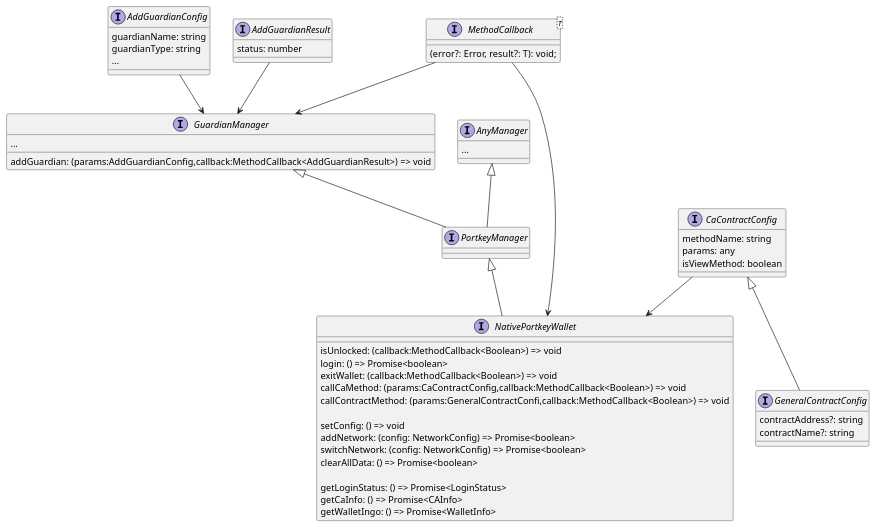
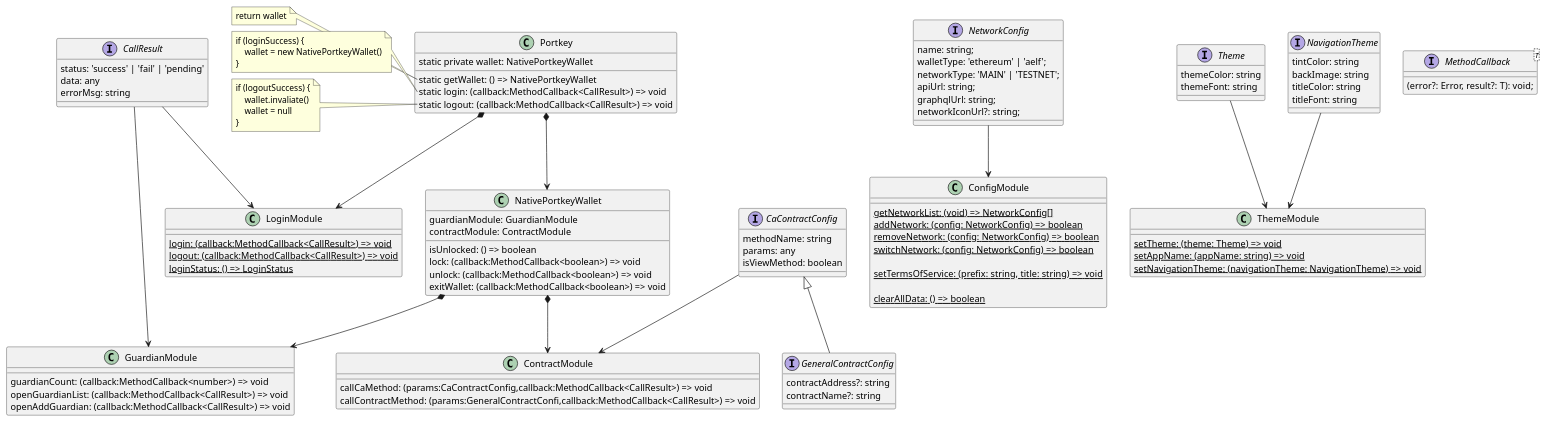
Before and after one commit to Portkey-Wallet/portkey-wallet: the diagram in packages/rn-sdk/uml/native-wallet.puml, drawn with PlantUML.

Commit message:
feat: update uml

```diff
--- a/packages/rn-sdk/uml/native-wallet.puml
+++ b/packages/rn-sdk/uml/native-wallet.puml
@@ -1,64 +1,128 @@
 @startuml wallet
 
-interface NativePortkeyWallet extends PortkeyManager {
-    isUnlocked: (callback:MethodCallback<Boolean>) => void
-    login: () => Promise<boolean>
-    exitWallet: (callback:MethodCallback<Boolean>) => void
-    callCaMethod: (params:CaContractConfig,callback:MethodCallback<Boolean>) => void
-    callContractMethod: (params:GeneralContractConfi,callback:MethodCallback<Boolean>) => void
-
-    setConfig: () => void
-    addNetwork: (config: NetworkConfig) => Promise<boolean>
-    switchNetwork: (config: NetworkConfig) => Promise<boolean>
-    clearAllData: () => Promise<boolean>
-
-    getLoginStatus: () => Promise<LoginStatus>
-    getCaInfo: () => Promise<CAInfo>
-    getWalletIngo: () => Promise<WalletInfo>
+class Portkey {
+    static private wallet: NativePortkeyWallet
+    static getWallet: () => NativePortkeyWallet
+    static login: (callback:MethodCallback<CallResult>) => void
+    static logout: (callback:MethodCallback<CallResult>) => void
 }
 
-interface PortkeyManager extends GuardianManager, AnyManager {
+note left of Portkey::getWallet
+    return wallet
+end note
+note left of Portkey::login
+    if (loginSuccess) {
+        wallet = new NativePortkeyWallet()
+    }
+end note
+note left of Portkey::logout
+    if (logoutSuccess) {
+        wallet.invaliate()
+        wallet = null
+    }
+end note
 
+class NativePortkeyWallet {
+    isUnlocked: () => boolean
+    lock: (callback:MethodCallback<boolean>) => void
+    unlock: (callback:MethodCallback<boolean>) => void
+    exitWallet: (callback:MethodCallback<boolean>) => void
+
+    guardianModule: GuardianModule
+    contractModule: ContractModule
 }
 
-interface GuardianManager {
-    addGuardian: (params:AddGuardianConfig,callback:MethodCallback<AddGuardianResult>) => void
-    ...
+class LoginModule {
+    {static} login: (callback:MethodCallback<CallResult>) => void
+    {static} logout: (callback:MethodCallback<CallResult>) => void
+    {static} loginStatus: () => LoginStatus
 }
 
-interface AnyManager {
-    ...
+class GuardianModule {
+    guardianCount: (callback:MethodCallback<number>) => void
+    openGuardianList: (callback:MethodCallback<CallResult>) => void
+    openAddGuardian: (callback:MethodCallback<CallResult>) => void
 }
 
-interface AddGuardianConfig {
-    guardianName: string
-    guardianType: string
-    ...
+class ConfigModule {
+    {static} getNetworkList: (void) => NetworkConfig[]
+    {static} addNetwork: (config: NetworkConfig) => boolean
+    {static} removeNetwork: (config: NetworkConfig) => boolean
+    {static} switchNetwork: (config: NetworkConfig) => boolean
+    
+    {static} setTermsOfService: (prefix: string, title: string) => void
+    
+    {static} clearAllData: () => boolean
 }
 
-interface AddGuardianResult {
-    status: number
+interface NetworkConfig {
+    name: string;
+    walletType: 'ethereum' | 'aelf';
+    networkType: 'MAIN' | 'TESTNET';
+    apiUrl: string;
+    graphqlUrl: string;
+    networkIconUrl?: string;
+}
+
+class ThemeModule {
+    {static} setTheme: (theme: Theme) => void
+    {static} setAppName: (appName: string) => void
+    {static} setNavigationTheme: (navigationTheme: NavigationTheme) => void
+}
+
+interface Theme {
+    themeColor: string
+    themeFont: string
+}
+
+interface NavigationTheme {
+    tintColor: string
+    backImage: string
+    titleColor: string
+    titleFont: string
+}
+
+class ContractModule {
+    callCaMethod: (params:CaContractConfig,callback:MethodCallback<CallResult>) => void
+    callContractMethod: (params:GeneralContractConfi,callback:MethodCallback<CallResult>) => void
 }
 
 interface MethodCallback<T> {
     (error?: Error, result?: T): void;
 }
 
 interface CaContractConfig {
     methodName: string
     params: any
     isViewMethod: boolean
 }
 
 interface GeneralContractConfig extends CaContractConfig {
     contractAddress?: string
     contractName?: string
 }
 
-MethodCallback --> NativePortkeyWallet
-MethodCallback --> GuardianManager
-CaContractConfig --> NativePortkeyWallet
-AddGuardianConfig --> GuardianManager
-AddGuardianResult --> GuardianManager
+interface CallResult {
+    status: 'success' | 'fail' | 'pending'
+    data: any
+    errorMsg: string
+}
+
+' MethodCallback --> NativePortkeyWallet
+' MethodCallback --> GuardianManager
+' CaContractConfig --> NativePortkeyWallet
+' AddGuardianConfig --> GuardianManager
+' AddGuardianResult --> GuardianManager
+Portkey *--> NativePortkeyWallet
+Portkey *--> LoginModule
+NativePortkeyWallet *--> GuardianModule
+NativePortkeyWallet *--> ContractModule
+
+CallResult --> LoginModule
+CallResult --> GuardianModule
+NetworkConfig --> ConfigModule
+Theme --> ThemeModule
+NavigationTheme --> ThemeModule
+CaContractConfig --> ContractModule
 
 @enduml
```
